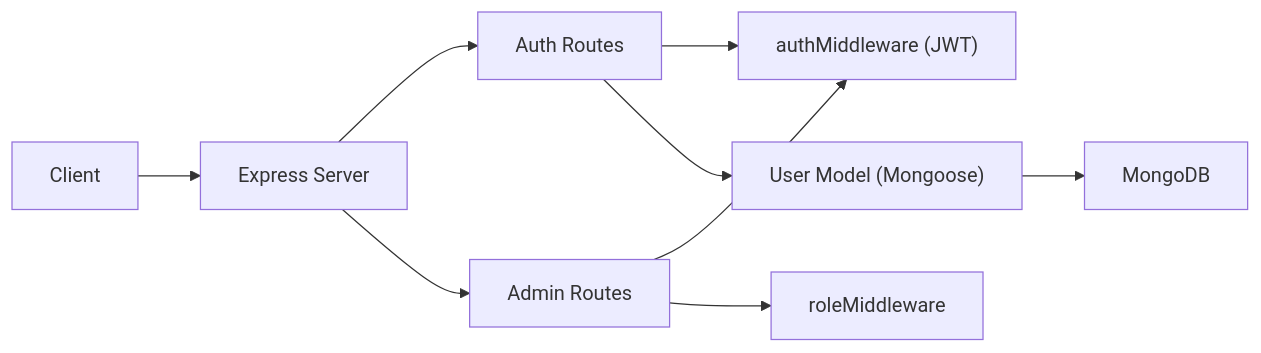
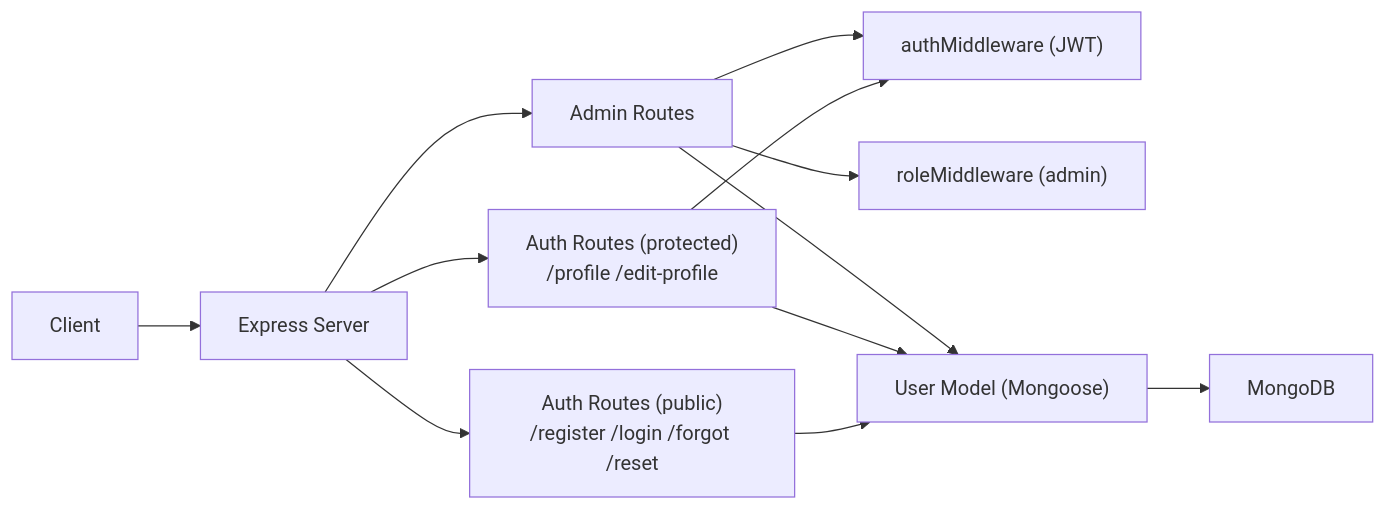
Before and after one commit to haseebraza715/EngageMind: the first of 2 diagrams in engagemind-backend/ARCHITECTURE.md, drawn with Mermaid. The commit also changed other lines of this file and 2 other files, not shown here.

Commit message:
docs: refine service architecture details and reliability notes

````diff
--- a/engagemind-backend/ARCHITECTURE.md
+++ b/engagemind-backend/ARCHITECTURE.md
@@ -17,11 +17,14 @@
 ```mermaid
 flowchart LR
   C["Client"] --> S["Express Server"]
-  S --> A["Auth Routes"]
+  S --> APUB["Auth Routes (public)\n/register /login /forgot /reset"]
+  S --> APRO["Auth Routes (protected)\n/profile /edit-profile"]
   S --> AD["Admin Routes"]
-  A --> M["authMiddleware (JWT)"]
+  APRO --> M["authMiddleware (JWT)"]
   AD --> M
-  AD --> RM["roleMiddleware"]
-  A --> U["User Model (Mongoose)"]
+  AD --> RM["roleMiddleware (admin)"]
+  APUB --> U["User Model (Mongoose)"]
+  APRO --> U
+  AD --> U
   U --> DB["MongoDB"]
 ```
````
